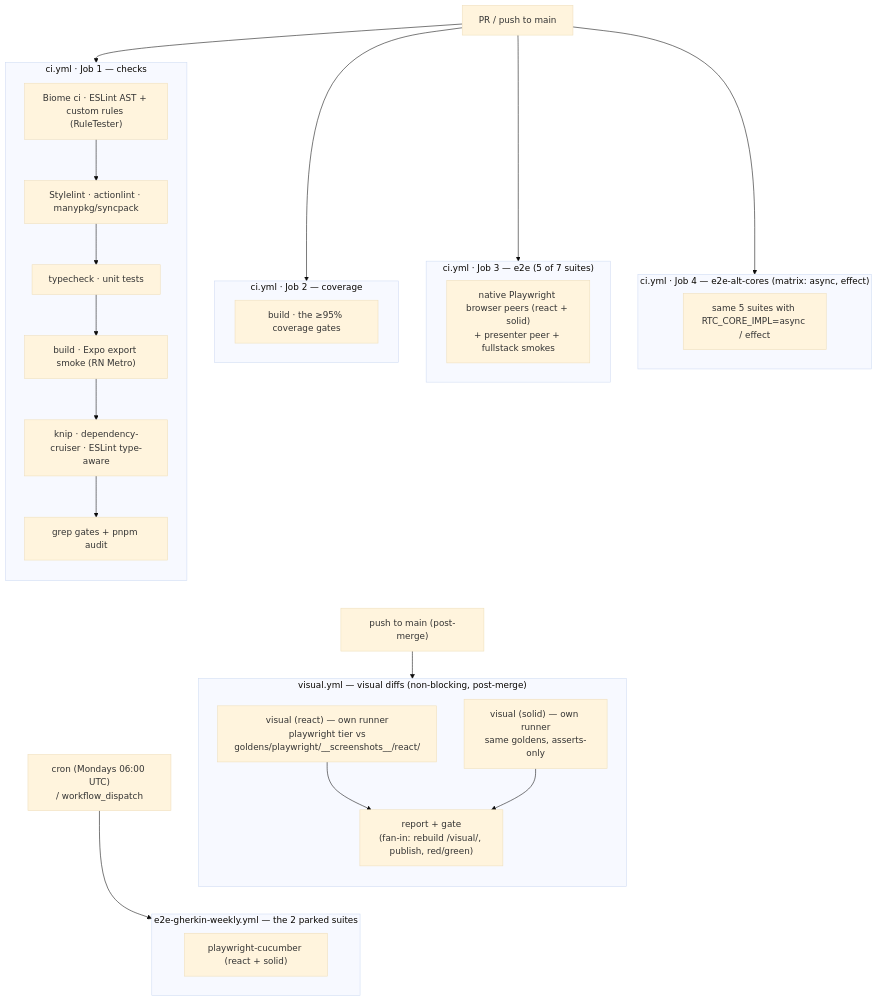
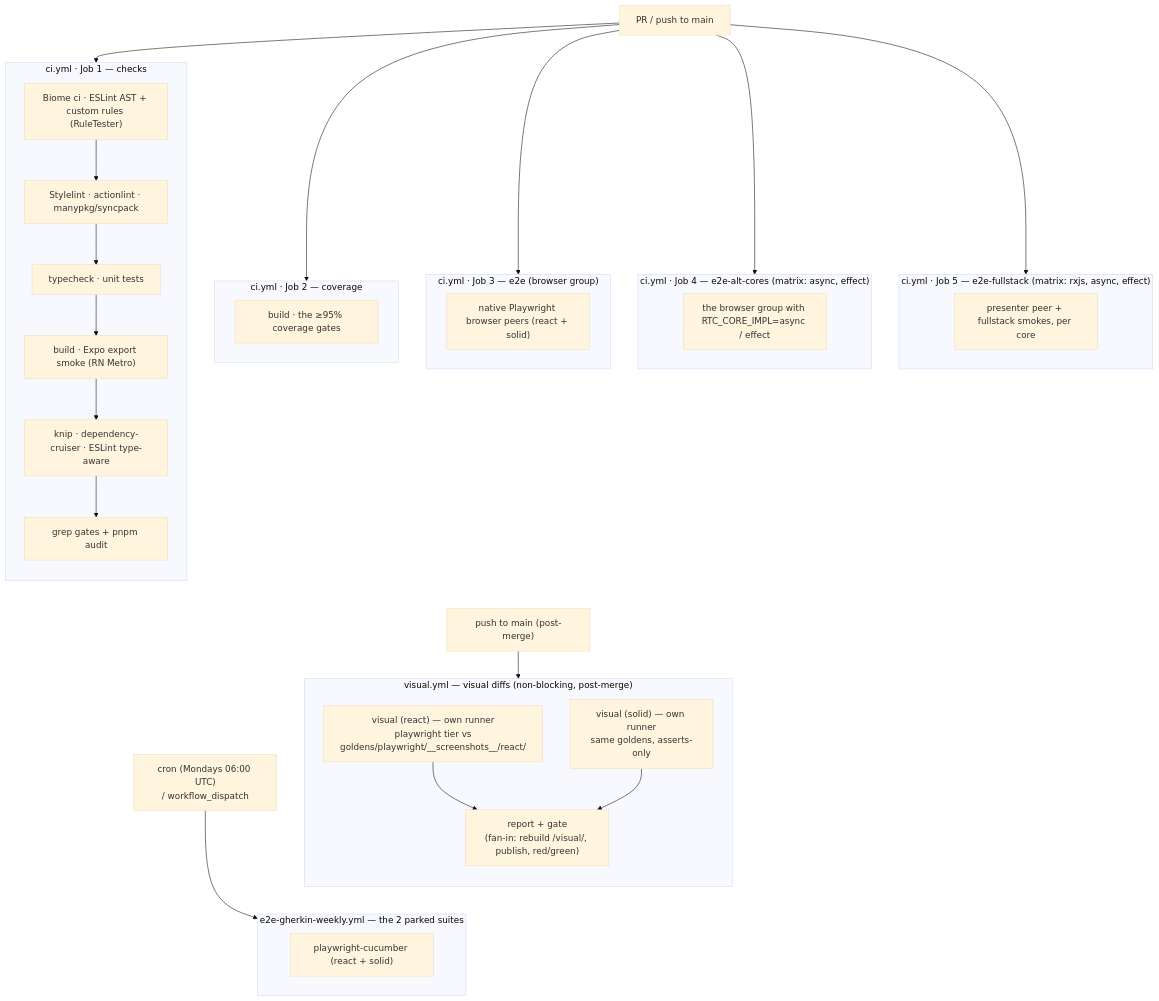
The diagram in docs/architecture/09-test-strategy.md (bettersoftware-io/ReactiveTraderCloudClone), drawn with Mermaid (base theme) before and after one commit. The commit also changed other lines of this file and 5 other files, not shown here.

First line of the commit message:
ci: run the full-stack smokes in their own e2e job

````diff
--- a/docs/architecture/09-test-strategy.md
+++ b/docs/architecture/09-test-strategy.md
@@ -518,46 +523,51 @@
 ```mermaid
 flowchart TD
     trigger["PR / push to main"]
     trigger --> checks
     trigger --> cov
     trigger --> e2e
     trigger --> alt
+    trigger --> fs
     subgraph checks["ci.yml · Job 1 — checks"]
         direction TB
         c1["Biome ci · ESLint AST + custom rules (RuleTester)"]
         c1 --> c3["Stylelint · actionlint · manypkg/syncpack"]
         c3 --> c4["typecheck · unit tests"]
         c4 --> c6["build · Expo export smoke (RN Metro)"]
         c6 --> c7["knip · dependency-cruiser · ESLint type-aware"]
         c7 --> c8["grep gates + pnpm audit"]
     end
     subgraph cov["ci.yml · Job 2 — coverage"]
         k1["build · the ≥95% coverage gates"]
     end
-    subgraph e2e["ci.yml · Job 3 — e2e (5 of 7 suites)"]
-        e1["native Playwright browser peers (react + solid)<br/>+ presenter peer + fullstack smokes"]
+    subgraph e2e["ci.yml · Job 3 — e2e (browser group)"]
+        e1["native Playwright browser peers (react + solid)"]
     end
     subgraph alt["ci.yml · Job 4 — e2e-alt-cores (matrix: async, effect)"]
-        a1["same 5 suites with RTC_CORE_IMPL=async / effect"]
+        a1["the browser group with RTC_CORE_IMPL=async / effect"]
+    end
+    subgraph fs["ci.yml · Job 5 — e2e-fullstack (matrix: rxjs, async, effect)"]
+        f1["presenter peer + fullstack smokes, per core"]
     end
     checks ~~~ postmerge
     cov ~~~ postmerge
     e2e ~~~ postmerge
     alt ~~~ postmerge
+    fs ~~~ postmerge
     postmerge["push to main (post-merge)"]
     postmerge --> visual
     subgraph visual["visual.yml — visual diffs (non-blocking, post-merge)"]
         direction TB
         v1a["visual (react) — own runner<br/>playwright tier vs<br/>goldens/playwright/__screenshots__/react/"]
         v1b["visual (solid) — own runner<br/>same goldens, asserts-only"]
         v2["report + gate<br/>(fan-in: rebuild /visual/, publish, red/green)"]
         v1a --> v2
         v1b --> v2
     end
     cron["cron (Mondays 06:00 UTC)<br/>/ workflow_dispatch"]
     cron --> weekly
     subgraph weekly["e2e-gherkin-weekly.yml — the 2 parked suites"]
         w1["playwright-cucumber (react + solid)"]
     end
     visual ~~~ weekly
 ```
````
